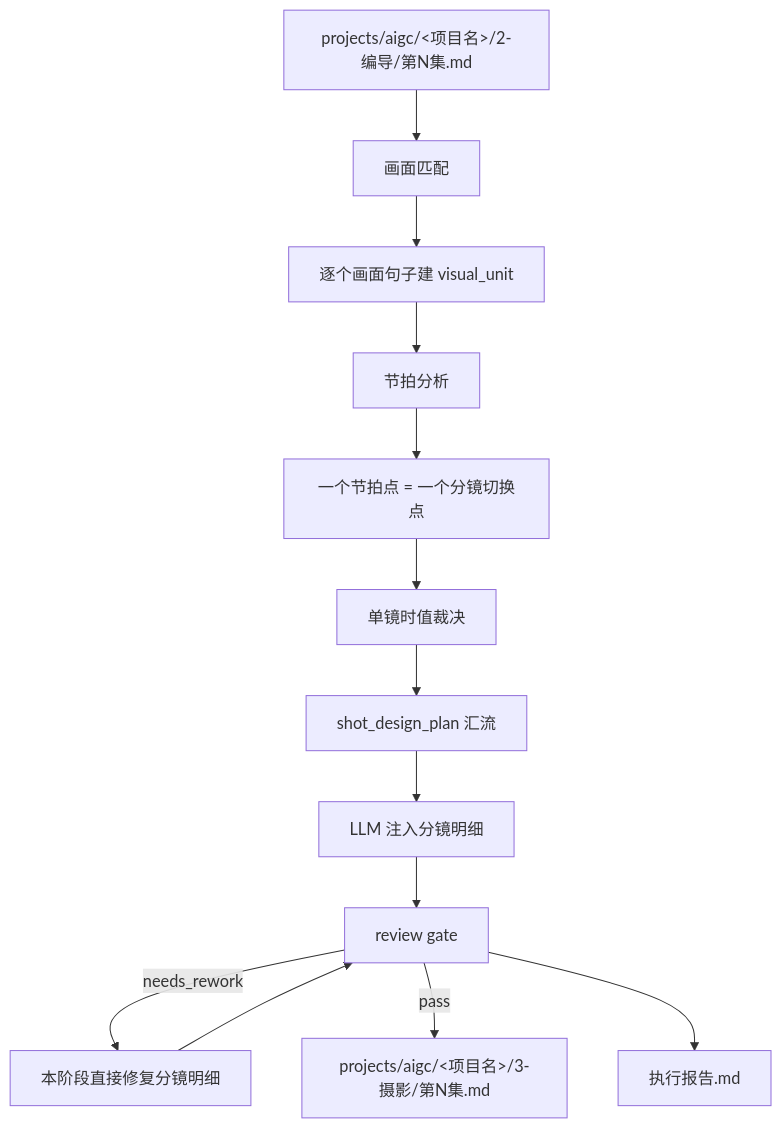
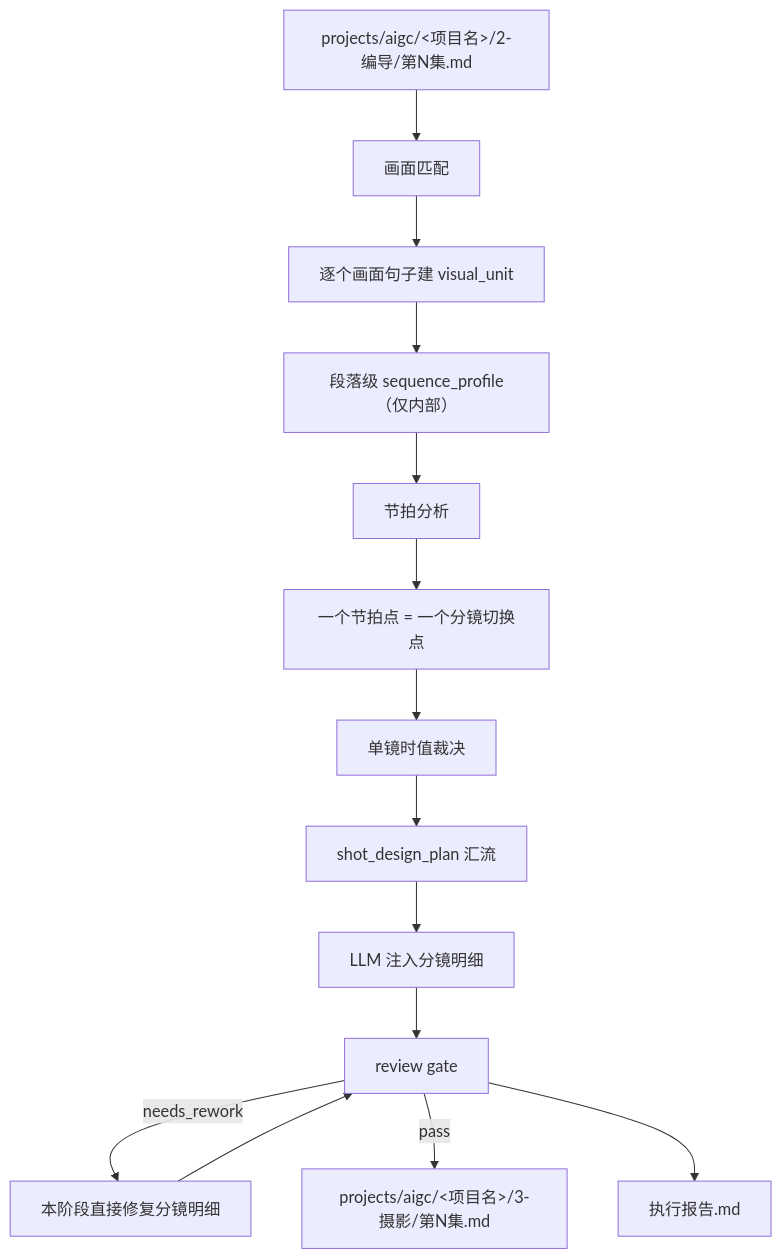
The first of 2 diagrams in .agents/skills/aigc/3-摄影/SKILL.md (ZEN-VOID/AI-CUT), drawn with Mermaid before and after one commit. The commit also changed other lines of this file and 41 other files, not shown here.

````diff
--- a/.agents/skills/aigc/3-摄影/SKILL.md
+++ b/.agents/skills/aigc/3-摄影/SKILL.md
@@ -114,15 +117,16 @@
 ```mermaid
 flowchart TD
     A["projects/aigc/<项目名>/2-编导/第N集.md"] --> B["画面匹配"]
     B --> C["逐个画面句子建 visual_unit"]
-    C --> D["节拍分析"]
+    C --> S["段落级 sequence_profile（仅内部）"]
+    S --> D["节拍分析"]
     D --> E["一个节拍点 = 一个分镜切换点"]
     E --> T["单镜时值裁决"]
     T --> P["shot_design_plan 汇流"]
     P --> F["LLM 注入分镜明细"]
     F --> G["review gate"]
     G -->|"needs_rework"| R["本阶段直接修复分镜明细"]
     R --> G
     G -->|"pass"| H["projects/aigc/<项目名>/3-摄影/第N集.md"]
     G --> I["执行报告.md"]
 ```
````
